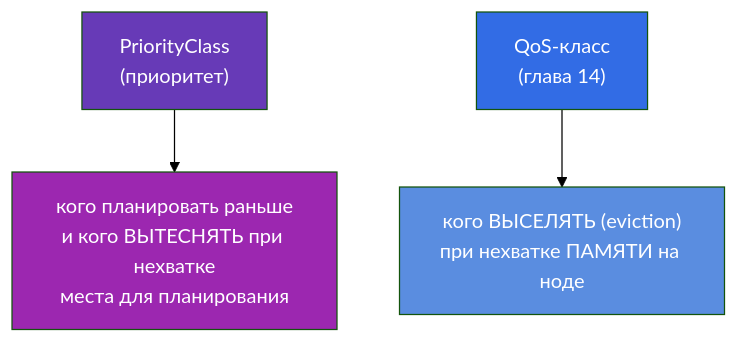
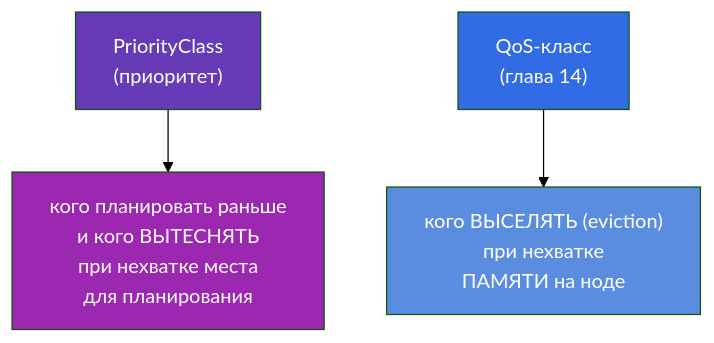
The fourth of 5 diagrams in tasks/cka/course/15/ru.md (ViktorUJ/cks), drawn with Mermaid (forest theme) before and after one commit. The commit also changed other lines of this file, not shown here.

````diff
--- a/tasks/cka/course/15/ru.md
+++ b/tasks/cka/course/15/ru.md
@@ -145,9 +157,9 @@
 ```mermaid
 flowchart TB
-    pc["PriorityClass<br>(приоритет)"] --> pcuse["кого планировать раньше<br>и кого ВЫТЕСНЯТЬ при нехватке<br>места для планирования"]
-    qos["QoS-класс<br>(глава 14)"] --> qosuse["кого ВЫСЕЛЯТЬ (eviction)<br>при нехватке ПАМЯТИ на ноде"]
+    pc["PriorityClass<br>(приоритет)"] --> pcuse["кого планировать раньше<br>и кого ВЫТЕСНЯТЬ<br>при нехватке места<br>для планирования"]
+    qos["QoS-класс<br>(глава 14)"] --> qosuse["кого ВЫСЕЛЯТЬ (eviction)<br>при нехватке<br>ПАМЯТИ на ноде"]
     style pc fill:#673ab7,color:#fff
     style qos fill:#326ce5,color:#fff
     style pcuse fill:#9c27b0,color:#fff
     style qosuse fill:#5a8de0,color:#fff
 ```
````
